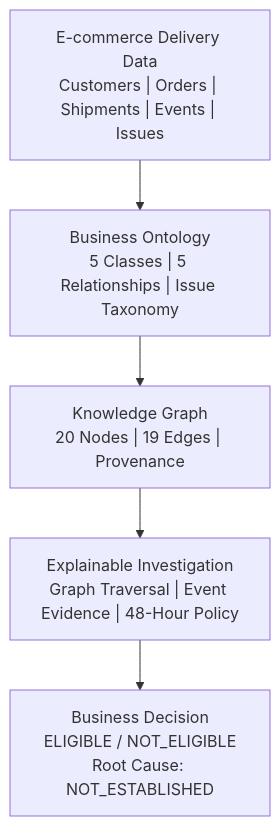
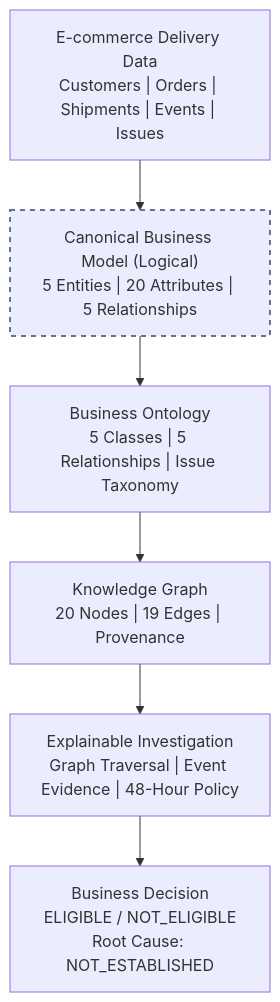
Before and after one commit to suvendusamal-ai/snowflake-ontology-ecommerce-lighthouse: the diagram in docs/L0_conceptual_architecture.md, drawn with Mermaid. The commit also changed other lines of this file and 9 other files, not shown here.

Commit message:
docs: add canonical business model retrofit and validation evidence

````diff
--- a/docs/L0_conceptual_architecture.md
+++ b/docs/L0_conceptual_architecture.md
@@ -5,13 +5,17 @@
 ```mermaid
 flowchart TB
     A["E-commerce Delivery Data<br/>Customers | Orders | Shipments | Events | Issues"]
-    B["Business Ontology<br/>5 Classes | 5 Relationships | Issue Taxonomy"]
-    C["Knowledge Graph<br/>20 Nodes | 19 Edges | Provenance"]
-    D["Explainable Investigation<br/>Graph Traversal | Event Evidence | 48-Hour Policy"]
-    E["Business Decision<br/>ELIGIBLE / NOT_ELIGIBLE<br/>Root Cause: NOT_ESTABLISHED"]
+    B["Canonical Business Model (Logical)<br/>5 Entities | 20 Attributes | 5 Relationships"]
+    C["Business Ontology<br/>5 Classes | 5 Relationships | Issue Taxonomy"]
+    D["Knowledge Graph<br/>20 Nodes | 19 Edges | Provenance"]
+    E["Explainable Investigation<br/>Graph Traversal | Event Evidence | 48-Hour Policy"]
+    F["Business Decision<br/>ELIGIBLE / NOT_ELIGIBLE<br/>Root Cause: NOT_ESTABLISHED"]
 
     A --> B
     B --> C
     C --> D
     D --> E
+    E --> F
+
+    style B stroke:#64748b,stroke-width:2px,stroke-dasharray:5 5
 ```
````
